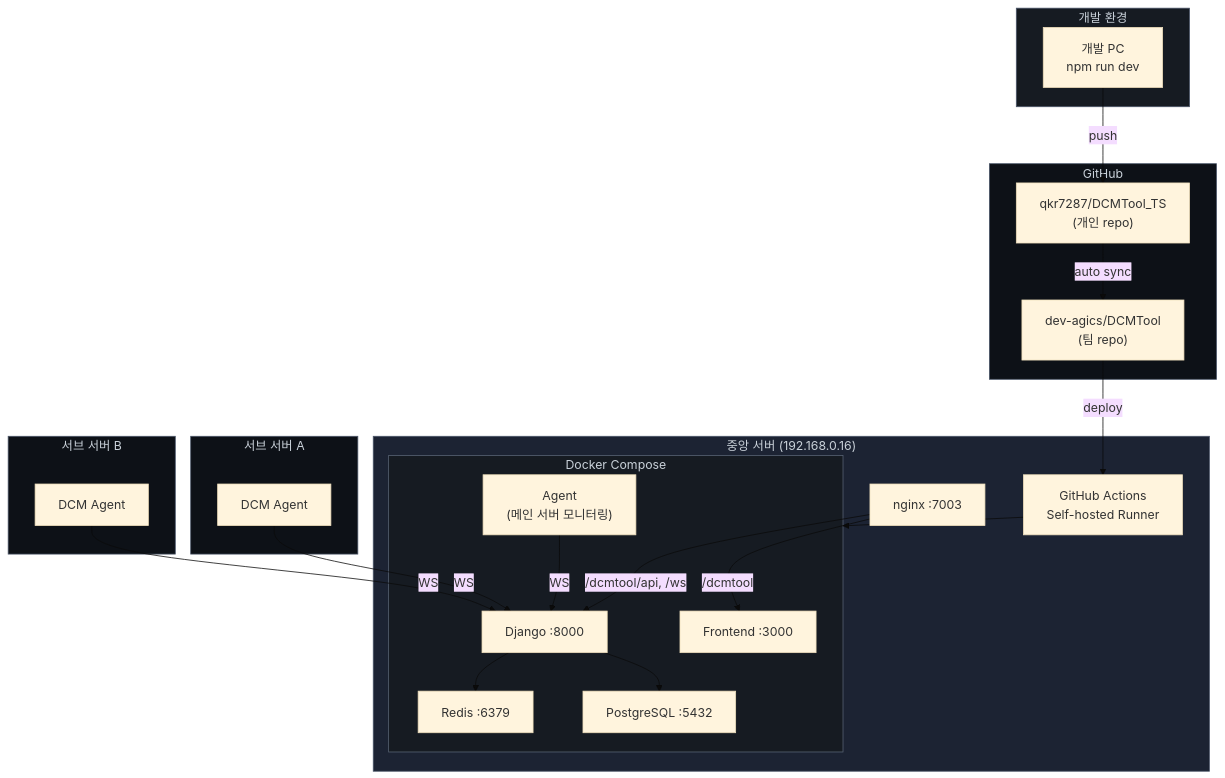
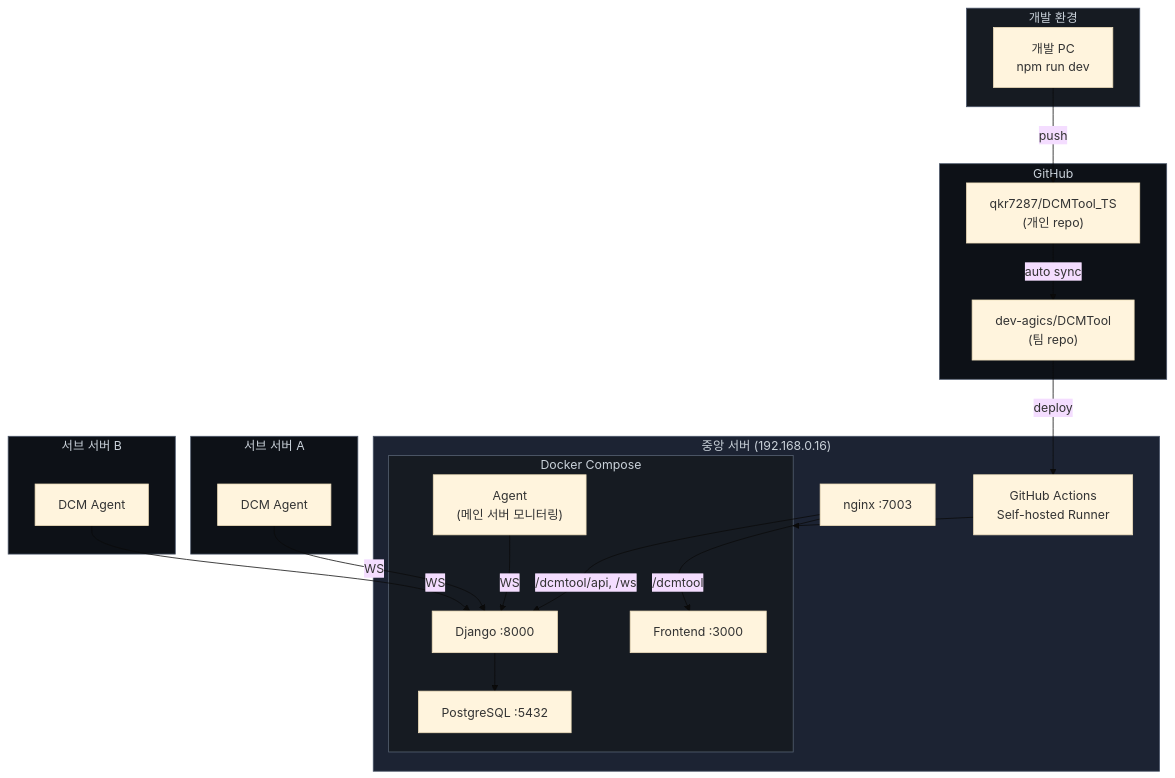
Before and after one commit to qkr7287/HyperCube: the tenth of 11 diagrams in docs/to-be-architecture.md, drawn with Mermaid (base theme). The commit also changed other lines of this file, not shown here.

First line of the commit message:
docs: remove Redis, simplify to 4-container architecture

````diff
--- a/docs/to-be-architecture.md
+++ b/docs/to-be-architecture.md
@@ -592,50 +579,48 @@
 ```mermaid
 graph TB
     subgraph Dev["개발 환경"]
         DevPC["개발 PC<br/>npm run dev"]
     end
 
     subgraph GitHub["GitHub"]
         TS["qkr7287/DCMTool_TS<br/>(개인 repo)"]
         Team["dev-agics/DCMTool<br/>(팀 repo)"]
         TS -->|auto sync| Team
     end
 
     subgraph Central["중앙 서버 (192.168.0.16)"]
         Nginx["nginx :7003"]
         subgraph DockerCompose["Docker Compose"]
             FE["Frontend :3000"]
             BE["Django :8000"]
             PG["PostgreSQL :5432"]
-            RD["Redis :6379"]
             AgentM["Agent<br/>(메인 서버 모니터링)"]
         end
         Runner["GitHub Actions<br/>Self-hosted Runner"]
         Nginx -->|"/dcmtool"| FE
         Nginx -->|"/dcmtool/api, /ws"| BE
         BE --> PG
-        BE --> RD
         AgentM -->|WS| BE
     end
 
     subgraph Remote1["서브 서버 A"]
         AgentA["DCM Agent"]
     end
 
     subgraph Remote2["서브 서버 B"]
         AgentB["DCM Agent"]
     end
 
     DevPC -->|push| TS
     Team -->|deploy| Runner
     Runner --> DockerCompose
     AgentA -->|WS| BE
     AgentB -->|WS| BE
 
     style Dev fill:#161b22,stroke:#4a5568,color:#c9d1d9
     style GitHub fill:#0d1117,stroke:#4a5568,color:#c9d1d9
     style Central fill:#1c2333,stroke:#4a5568,color:#c9d1d9
     style DockerCompose fill:#161b22,stroke:#586474,color:#c9d1d9
     style Remote1 fill:#0d1117,stroke:#4a5568,color:#c9d1d9
     style Remote2 fill:#0d1117,stroke:#4a5568,color:#c9d1d9
 ```
````
